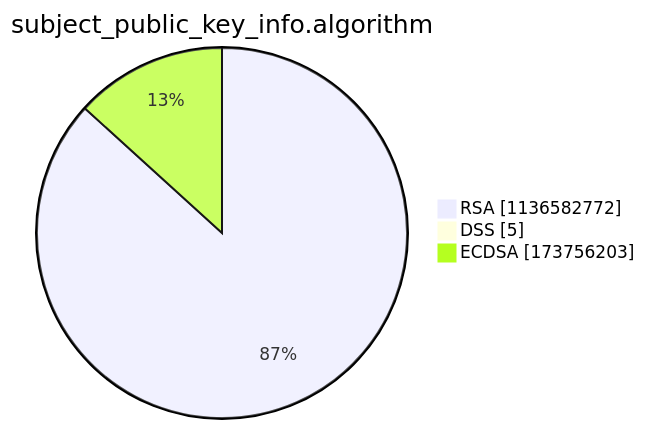
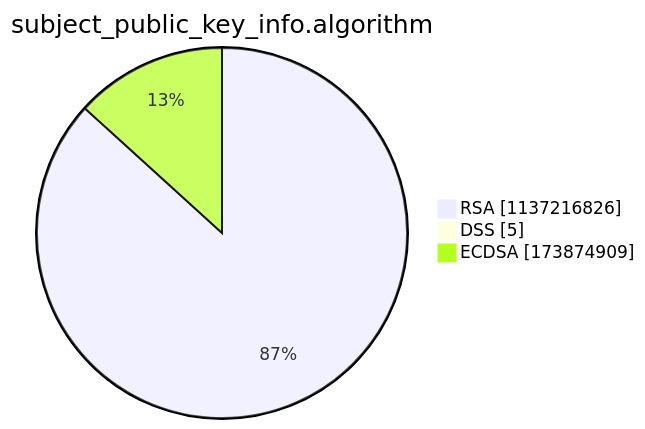
Before and after one commit to christiankrug/ctmonitor_visualization: the third of 15 diagrams in argon2022/README.md, drawn with Mermaid. The commit also changed other lines of this file, not shown here.

````diff
--- a/argon2022/README.md
+++ b/argon2022/README.md
@@ -14,7 +14,7 @@
 ```mermaid
 pie showData
 title subject_public_key_info.algorithm
-"RSA" :1136582772
+"RSA" :1137216826
 "DSS" :5
-"ECDSA" :173756203
+"ECDSA" :173874909
 ```
````
